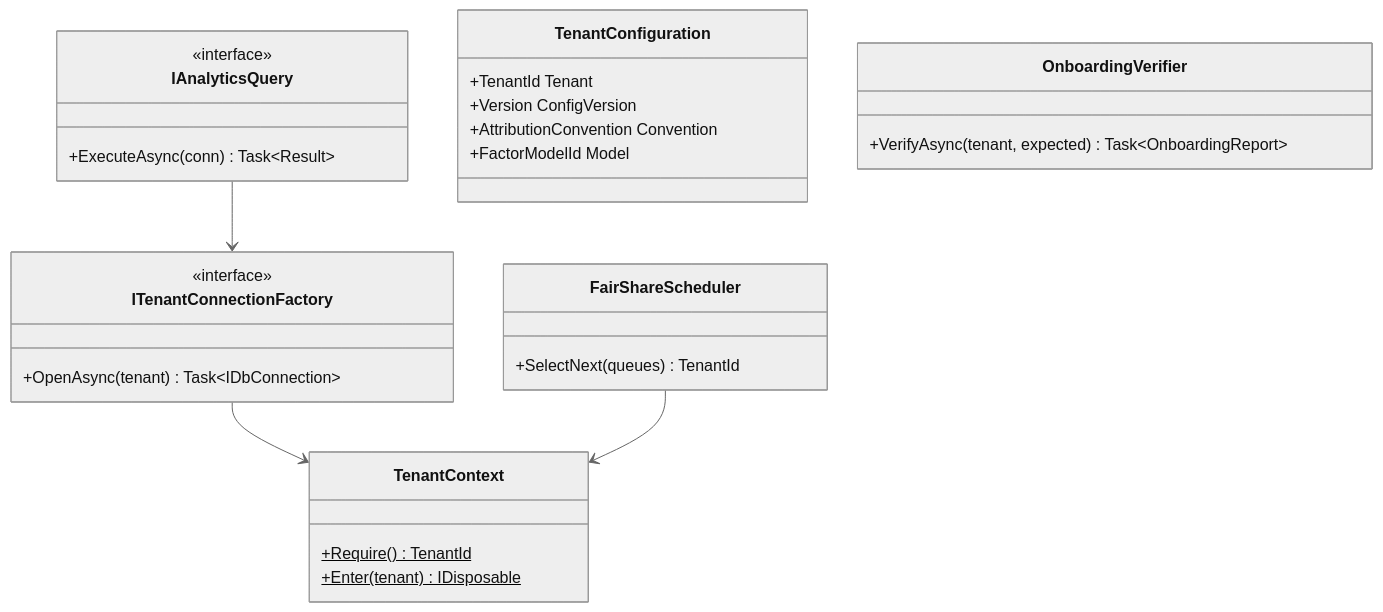
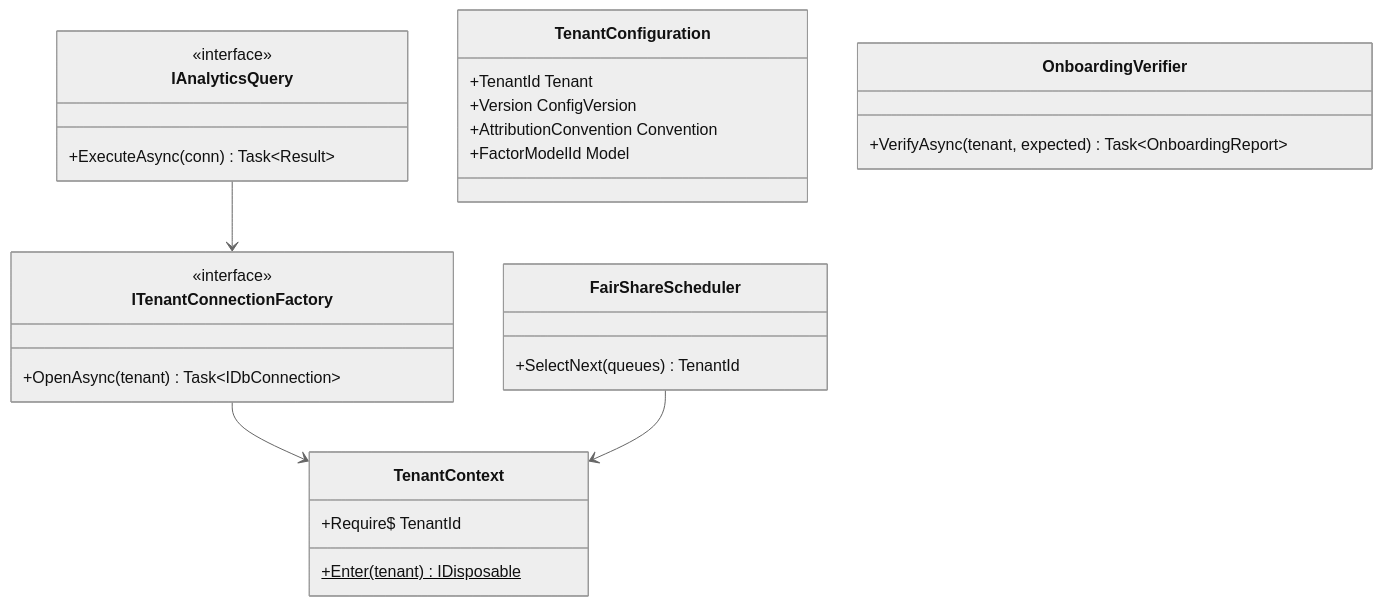
One commit to umashankarp/InterviewQuestions changed the fourth of 4 diagrams in 14-System-Design/12-Designing-MultiTenant-Portfolio-Analytics-Platform.md. Above: the diagram before and after it, drawn with Mermaid (neutral theme). The commit also changed other lines of this file and 173 other files, not shown here.

````diff
--- a/14-System-Design/12-Designing-MultiTenant-Portfolio-Analytics-Platform.md
+++ b/14-System-Design/12-Designing-MultiTenant-Portfolio-Analytics-Platform.md
@@ -611,31 +611,31 @@
 ```mermaid
 classDiagram
-    class TenantContext {
-        +Require()$ TenantId
-        +Enter(tenant)$ IDisposable
-    }
-    class ITenantConnectionFactory {
-        <<interface>>
-        +OpenAsync(tenant) Task~IDbConnection~
-    }
-    class IAnalyticsQuery {
-        <<interface>>
-        +ExecuteAsync(conn) Task~Result~
-    }
-    class FairShareScheduler {
-        +SelectNext(queues) TenantId
-    }
-    class TenantConfiguration {
-        +TenantId Tenant
-        +Version ConfigVersion
-        +AttributionConvention Convention
-        +FactorModelId Model
-    }
-    class OnboardingVerifier {
-        +VerifyAsync(tenant, expected) Task~OnboardingReport~
-    }
+ class TenantContext {
+ +Require$ TenantId
+ +Enter(tenant)$ IDisposable
+ }
+ class ITenantConnectionFactory {
+ <<interface>>
+ +OpenAsync(tenant) Task~IDbConnection~
+ }
+ class IAnalyticsQuery {
+ <<interface>>
+ +ExecuteAsync(conn) Task~Result~
+ }
+ class FairShareScheduler {
+ +SelectNext(queues) TenantId
+ }
+ class TenantConfiguration {
+ +TenantId Tenant
+ +Version ConfigVersion
+ +AttributionConvention Convention
+ +FactorModelId Model
+ }
+ class OnboardingVerifier {
+ +VerifyAsync(tenant, expected) Task~OnboardingReport~
+ }
 
-    IAnalyticsQuery --> ITenantConnectionFactory
-    ITenantConnectionFactory --> TenantContext
-    FairShareScheduler --> TenantContext
+ IAnalyticsQuery --> ITenantConnectionFactory
+ ITenantConnectionFactory --> TenantContext
+ FairShareScheduler --> TenantContext
 ```
````
